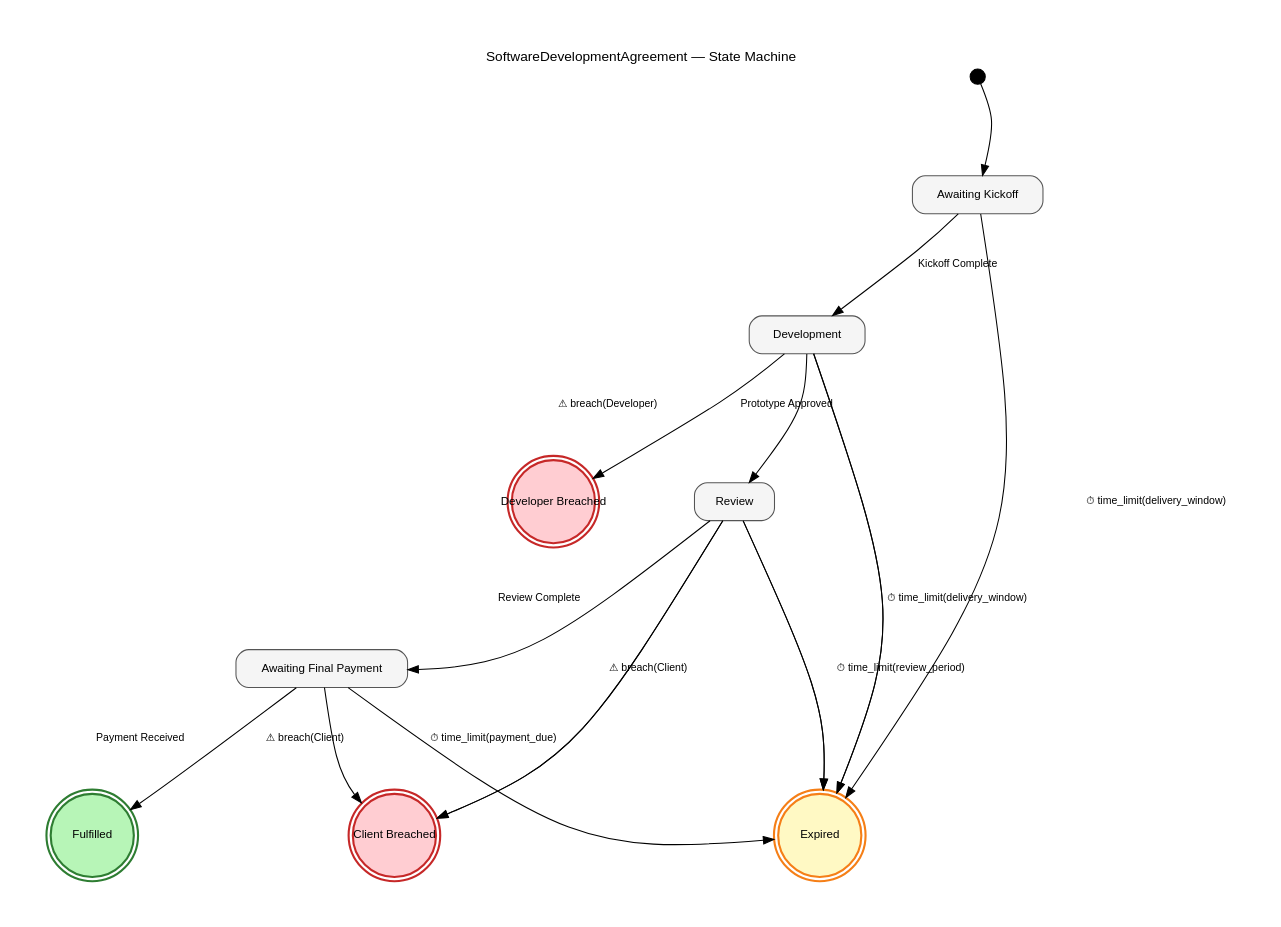
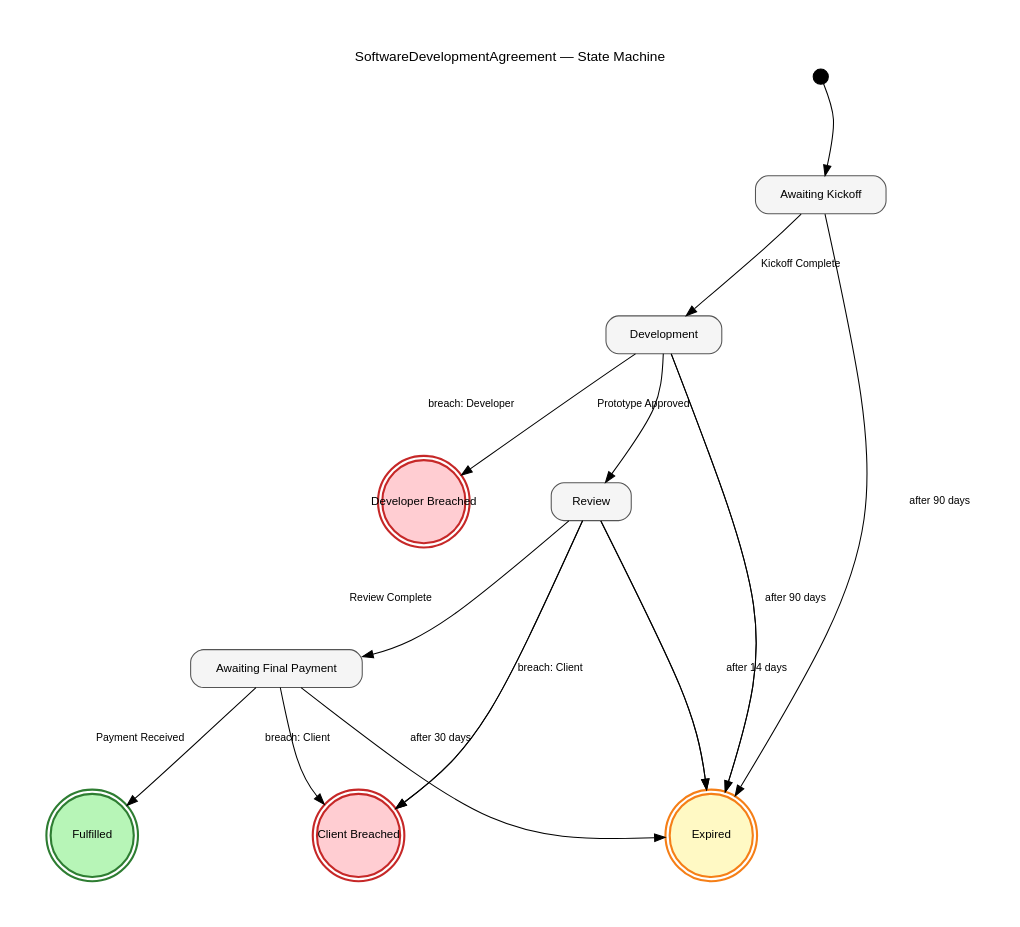
Before and after one commit to codeNinja62/LexScript: the diagram in examples/software_dev.dot, drawn with Graphviz. The commit also changed 3 other files, not shown here.

Commit message:
FSM preview: zoom/pan, resolve time_limit values, fix text overflow

```diff
--- a/examples/software_dev.dot
+++ b/examples/software_dev.dot
@@ -1,37 +1,37 @@
 digraph SoftwareDevelopmentAgreement {
     rankdir=TB;
     splines=curved;
     concentrate=true;
     nodesep=0.9;
     ranksep=1.2;
     graph [fontname="Helvetica" fontsize=13 label="SoftwareDevelopmentAgreement — State Machine" labelloc=t labeljust=c pad=0.5];
     node  [fontname="Helvetica" fontsize=11 margin="0.25,0.15"];
     edge  [fontname="Helvetica" fontsize=10];
 
     // Entry point
     __start [label="" shape=point width=0.2];
     __start -> AwaitingKickoff;
 
     // States
     AwaitingKickoff [label="Awaiting Kickoff" shape=box style="rounded,filled" fillcolor="#f5f5f5" color="#555555"];
     Development [label="Development" shape=box style="rounded,filled" fillcolor="#f5f5f5" color="#555555"];
     Review [label="Review" shape=box style="rounded,filled" fillcolor="#f5f5f5" color="#555555"];
     AwaitingFinalPayment [label="Awaiting Final Payment" shape=box style="rounded,filled" fillcolor="#f5f5f5" color="#555555"];
     Fulfilled [label="Fulfilled" shape=doublecircle style=filled fillcolor="#b7f5b7" color="#2e7d32" penwidth=2 width=1.1 height=1.1 fixedsize=true];
     DeveloperBreached [label="Developer Breached" shape=doublecircle style=filled fillcolor="#ffcdd2" color="#c62828" penwidth=2 width=1.1 height=1.1 fixedsize=true];
     ClientBreached [label="Client Breached" shape=doublecircle style=filled fillcolor="#ffcdd2" color="#c62828" penwidth=2 width=1.1 height=1.1 fixedsize=true];
     Expired [label="Expired" shape=doublecircle style=filled fillcolor="#fff9c4" color="#f57f17" penwidth=2 width=1.1 height=1.1 fixedsize=true];
 
     // Transitions
-    AwaitingKickoff -> Development [label="Kickoff Complete"];
-    AwaitingKickoff -> Expired [label="⏱ time_limit(delivery_window)"];
-    Development -> Review [label="Prototype Approved"];
-    Development -> DeveloperBreached [label="⚠ breach(Developer)"];
-    Development -> Expired [label="⏱ time_limit(delivery_window)"];
-    Review -> AwaitingFinalPayment [label="Review Complete"];
-    Review -> ClientBreached [label="⚠ breach(Client)"];
-    Review -> Expired [label="⏱ time_limit(review_period)"];
-    AwaitingFinalPayment -> Fulfilled [label="Payment Received"];
-    AwaitingFinalPayment -> Expired [label="⏱ time_limit(payment_due)"];
-    AwaitingFinalPayment -> ClientBreached [label="⚠ breach(Client)"];
+    AwaitingKickoff -> Development [label="Kickoff Complete"]
+    AwaitingKickoff -> Expired [label="after 90 days"]
+    Development -> Review [label="Prototype Approved"]
+    Development -> DeveloperBreached [label="breach: Developer"]
+    Development -> Expired [label="after 90 days"]
+    Review -> AwaitingFinalPayment [label="Review Complete"]
+    Review -> ClientBreached [label="breach: Client"]
+    Review -> Expired [label="after 14 days"]
+    AwaitingFinalPayment -> Fulfilled [label="Payment Received"]
+    AwaitingFinalPayment -> Expired [label="after 30 days"]
+    AwaitingFinalPayment -> ClientBreached [label="breach: Client"]
 }
```
